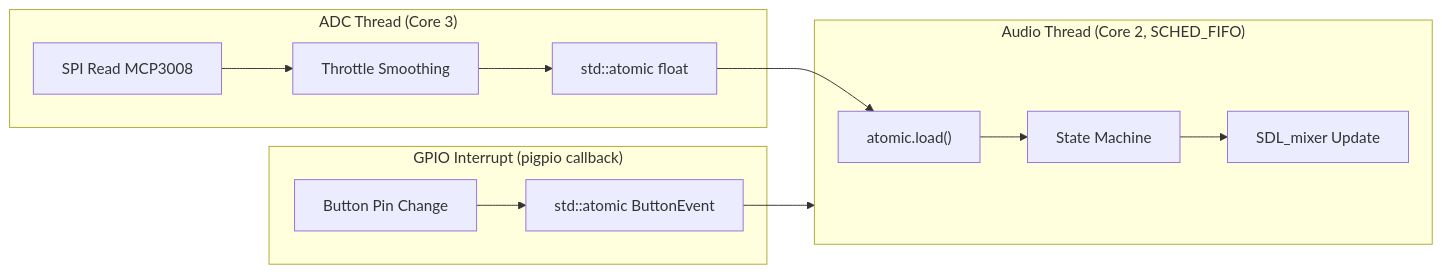
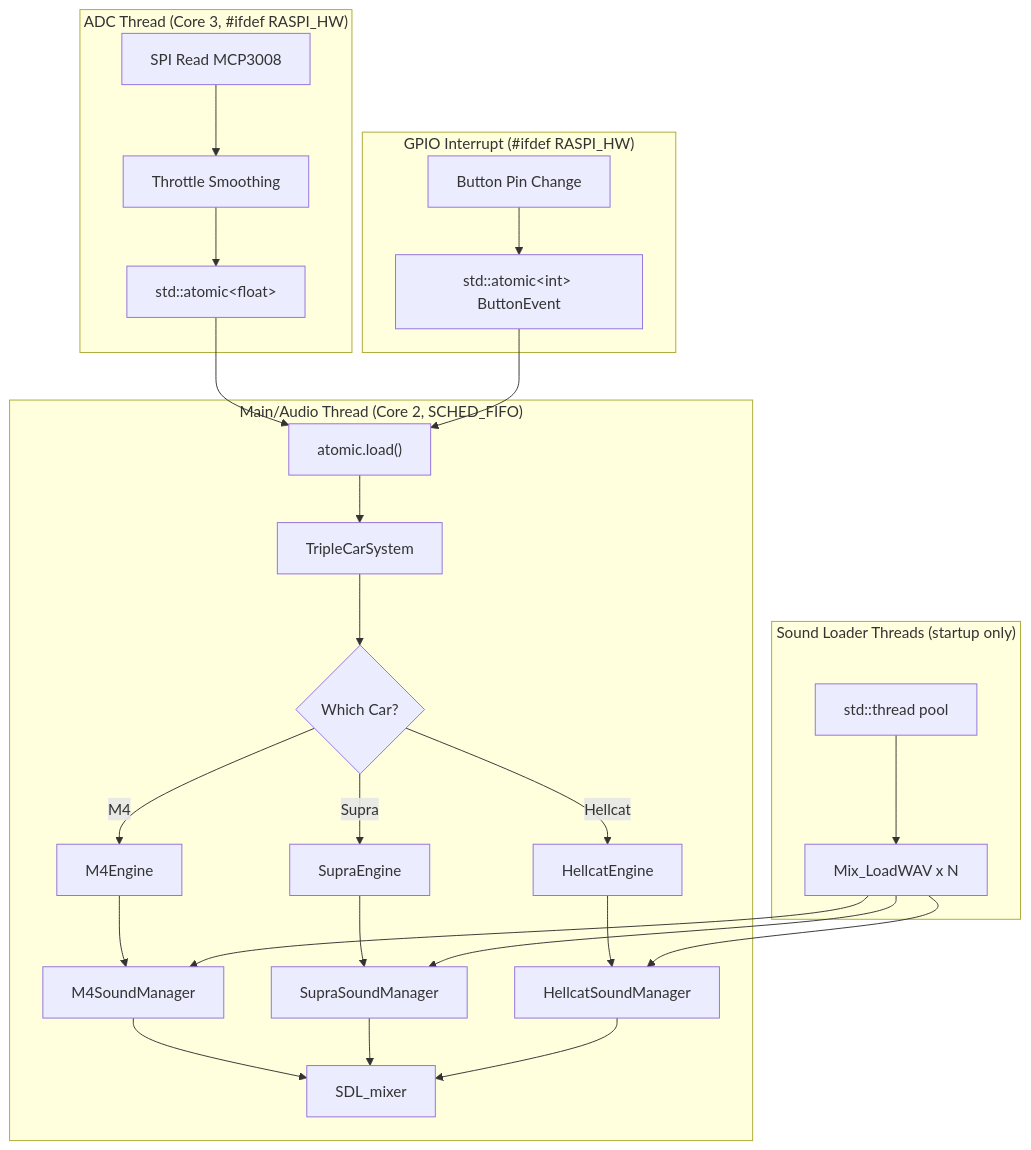
One commit to rayyyu12/TT3 changed the diagram in README.md. Above: the diagram before and after it, drawn with Mermaid. The commit also changed other lines of this file and 30 other files, not shown here.

````diff
--- a/README.md
+++ b/README.md
@@ -39,14 +56,31 @@
 ```mermaid
-graph LR
-    subgraph adcThread ["ADC Thread (Core 3)"]
-        SPI["SPI Read MCP3008"] --> Smooth["Throttle Smoothing"] --> Atomic["std::atomic float"]
+graph TD
+    subgraph adcThread ["ADC Thread (Core 3, #ifdef RASPI_HW)"]
+        SPI["SPI Read MCP3008"] --> Smooth["Throttle Smoothing"] --> AtomicThr["std::atomic&lt;float&gt;"]
     end
-    subgraph mainThread ["Audio Thread (Core 2, SCHED_FIFO)"]
-        Read["atomic.load()"] --> SM["State Machine"] --> Audio["SDL_mixer Update"]
+
+    subgraph gpioISR ["GPIO Interrupt (#ifdef RASPI_HW)"]
+        Button["Button Pin Change"] --> AtomicBtn["std::atomic&lt;int&gt; ButtonEvent"]
     end
-    subgraph interrupt ["GPIO Interrupt (pigpio callback)"]
-        Button["Button Pin Change"] --> AtomicBtn["std::atomic ButtonEvent"]
+
+    subgraph mainThread ["Main/Audio Thread (Core 2, SCHED_FIFO)"]
+        ReadAtomics["atomic.load()"] --> TCS["TripleCarSystem"]
+        TCS --> Route{Which Car?}
+        Route -->|M4| M4E["M4Engine"] --> M4SM["M4SoundManager"]
+        Route -->|Supra| SupE["SupraEngine"] --> SupSM["SupraSoundManager"]
+        Route -->|Hellcat| HCE["HellcatEngine"] --> HCSM["HellcatSoundManager"]
+        M4SM --> SDL["SDL_mixer"]
+        SupSM --> SDL
+        HCSM --> SDL
     end
-    Atomic --> Read
-    AtomicBtn --> mainThread
+
+    subgraph loaderThreads ["Sound Loader Threads (startup only)"]
+        TPool["std::thread pool"] --> WAV["Mix_LoadWAV x N"]
+    end
+
+    AtomicThr --> ReadAtomics
+    AtomicBtn --> ReadAtomics
+    WAV --> M4SM
+    WAV --> SupSM
+    WAV --> HCSM
 ```
````
